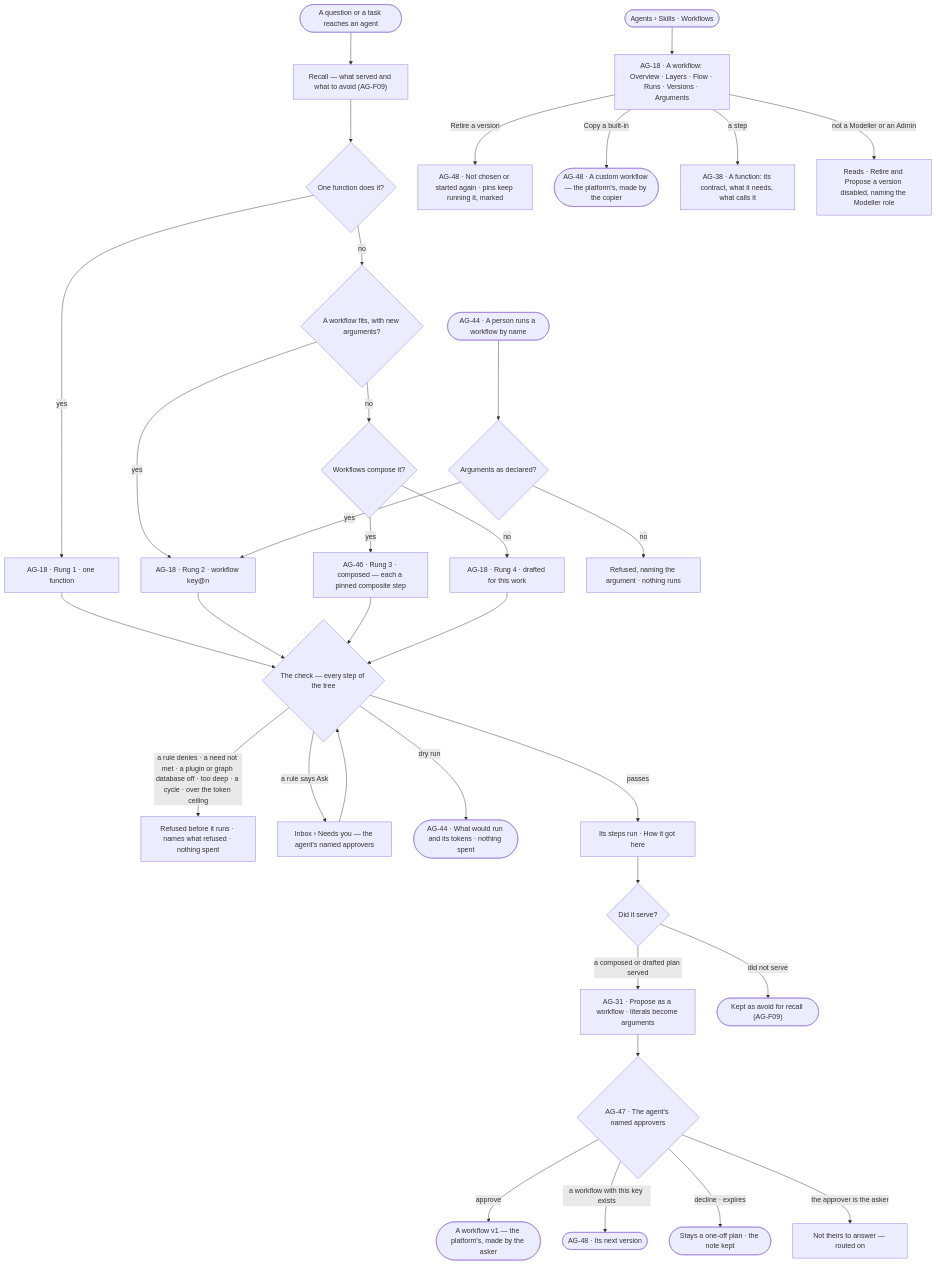
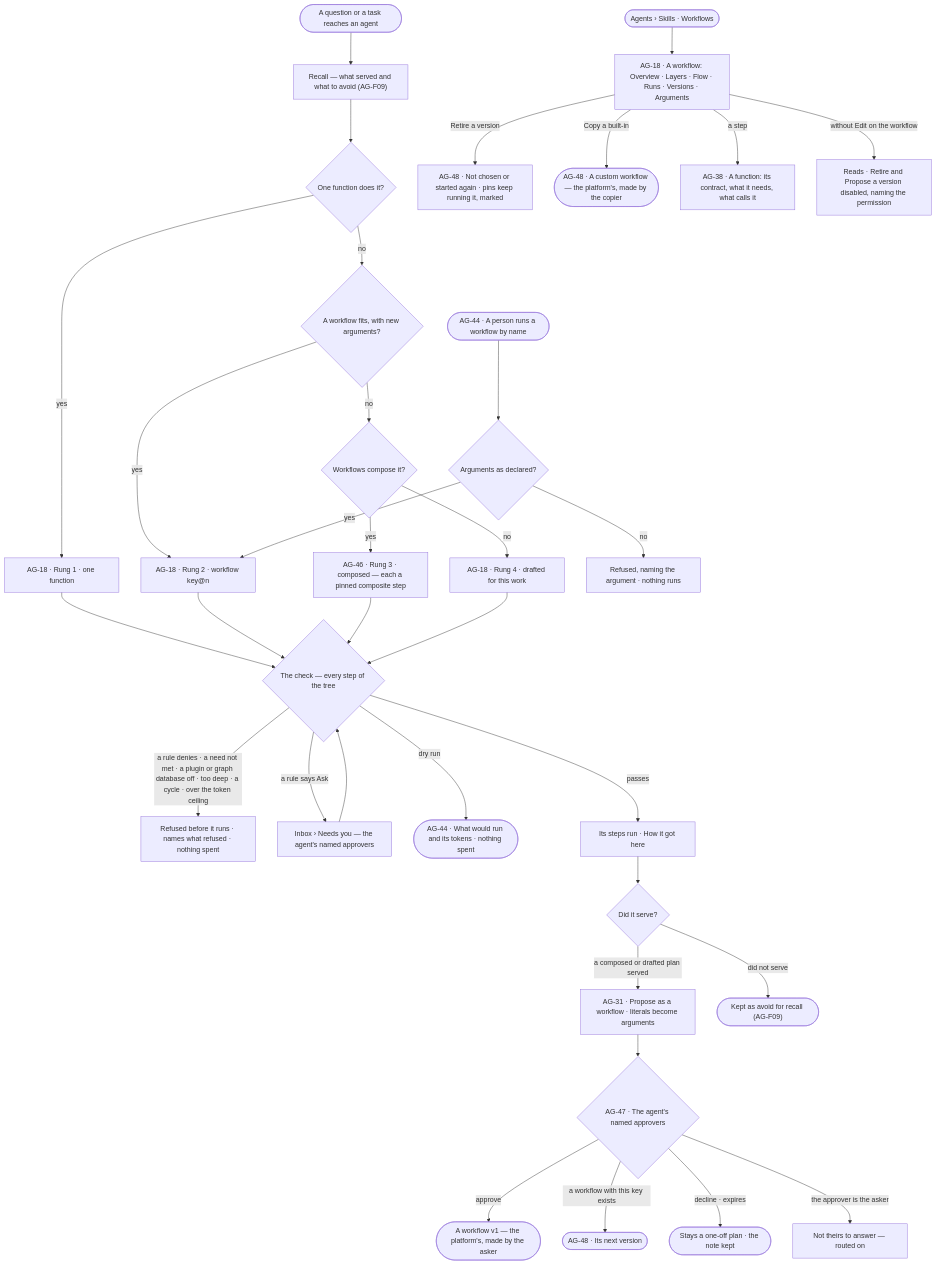
Before and after one commit to invana/invana: the first of 2 diagrams in specs/capabilities/agents/features/AG-F06-plans-and-workflows/feature.md, drawn with Mermaid. The commit also changed other lines of this file and 228 other files, not shown here.

````diff
--- a/specs/capabilities/agents/features/AG-F06-plans-and-workflows/feature.md
+++ b/specs/capabilities/agents/features/AG-F06-plans-and-workflows/feature.md
@@ -28,35 +28,35 @@
 ```mermaid
 flowchart TD
   ask([A question or a task reaches an agent]) --> rec["Recall — what served and what to avoid (AG-F09)"]
   rec --> l1{"One function does it?"}
   l1 -->|yes| r1["AG-18 · Rung 1 · one function"]
   l1 -->|no| l2{"A workflow fits, with new arguments?"}
   l2 -->|yes| r2["AG-18 · Rung 2 · workflow key@n"]
   l2 -->|no| l3{"Workflows compose it?"}
   l3 -->|yes| r3["AG-46 · Rung 3 · composed — each a pinned composite step"]
   l3 -->|no| r4["AG-18 · Rung 4 · drafted for this work"]
   hand([AG-44 · A person runs a workflow by name]) --> args{"Arguments as declared?"}
   args -->|no| argx["Refused, naming the argument · nothing runs"]
   args -->|yes| r2
   r1 --> check
   r2 --> check
   r3 --> check
   r4 --> check{"The check — every step of the tree"}
   check -->|a rule denies · a need not met · a plugin or graph database off · too deep · a cycle · over the token ceiling| ref["Refused before it runs · names what refused · nothing spent"]
   check -->|a rule says Ask| askq["Inbox › Needs you — the agent's named approvers"] --> check
   check -->|dry run| dry(["AG-44 · What would run and its tokens · nothing spent"])
   check -->|passes| run["Its steps run · How it got here"]
   run --> verify{"Did it serve?"}
   verify -->|a composed or drafted plan served| prop["AG-31 · Propose as a workflow · literals become arguments"]
   prop --> appr{"AG-47 · The agent's named approvers"}
   appr -->|approve| wf(["A workflow v1 — the platform's, made by the asker"])
   appr -->|a workflow with this key exists| nv(["AG-48 · Its next version"])
   appr -->|decline · expires| dc(["Stays a one-off plan · the note kept"])
   appr -->|the approver is the asker| self["Not theirs to answer — routed on"]
   verify -->|did not serve| avoid(["Kept as avoid for recall (AG-F09)"])
   lib([Agents › Skills · Workflows]) --> page["AG-18 · A workflow: Overview · Layers · Flow · Runs · Versions · Arguments"]
   page -->|Retire a version| ret["AG-48 · Not chosen or started again · pins keep running it, marked"]
   page -->|Copy a built-in| cp(["AG-48 · A custom workflow — the platform's, made by the copier"])
   page -->|a step| fn["AG-38 · A function: its contract, what it needs, what calls it"]
-  page -->|not a Modeller or an Admin| ro["Reads · Retire and Propose a version disabled, naming the Modeller role"]
+  page -->|without Edit on the workflow| ro["Reads · Retire and Propose a version disabled, naming the permission"]
 ```
````
